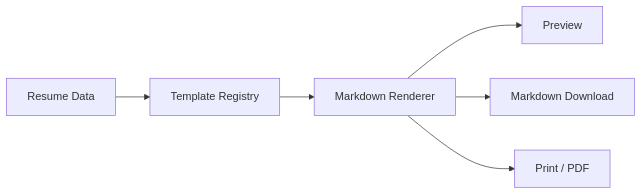
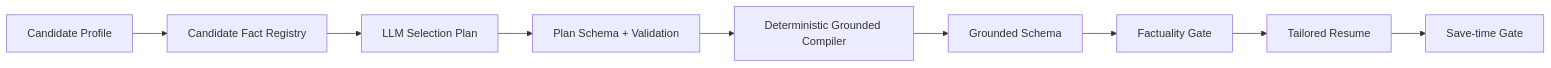
One commit to zhangjf314/Job-Agent changed the diagram in README.md. Above: the diagram before and after it, drawn with Mermaid. The commit also changed other lines of this file and 40 other files, not shown here.

````diff
--- a/README.md
+++ b/README.md
@@ -54,8 +42,11 @@
 ```mermaid
 flowchart LR
-    Data["Resume Data"] --> Registry["Template Registry"]
-    Registry --> Renderer["Markdown Renderer"]
-    Renderer --> Preview["Preview"]
-    Renderer --> Download["Markdown Download"]
-    Renderer --> Print["Print / PDF"]
+    Profile["Candidate Profile"] --> Registry["Candidate Fact Registry"]
+    Registry --> Plan["LLM Selection Plan"]
+    Plan --> Validation["Plan Schema + Validation"]
+    Validation --> Compiler["Deterministic Grounded Compiler"]
+    Compiler --> Schema["Grounded Schema"]
+    Schema --> Gate["Factuality Gate"]
+    Gate --> Resume["Tailored Resume"]
+    Resume --> Save["Save-time Gate"]
 ```
````
